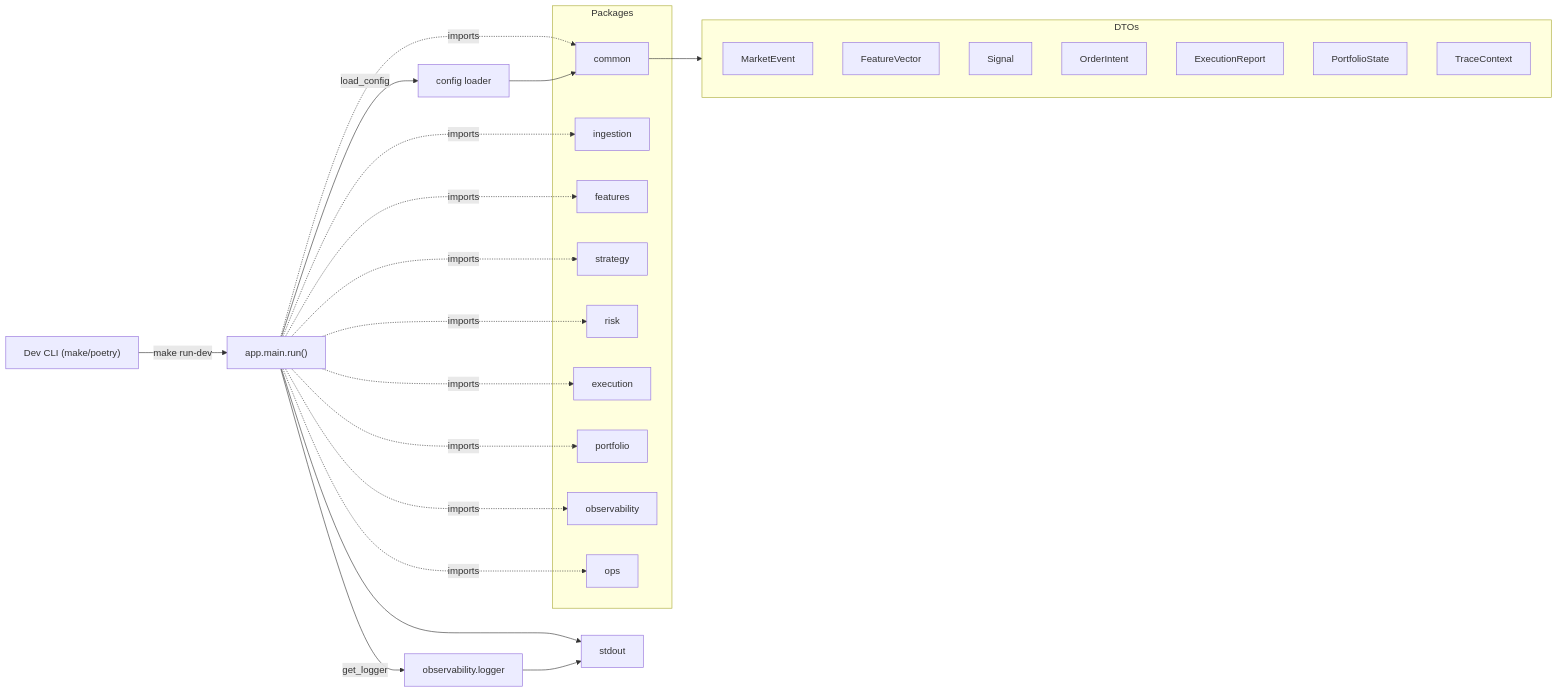
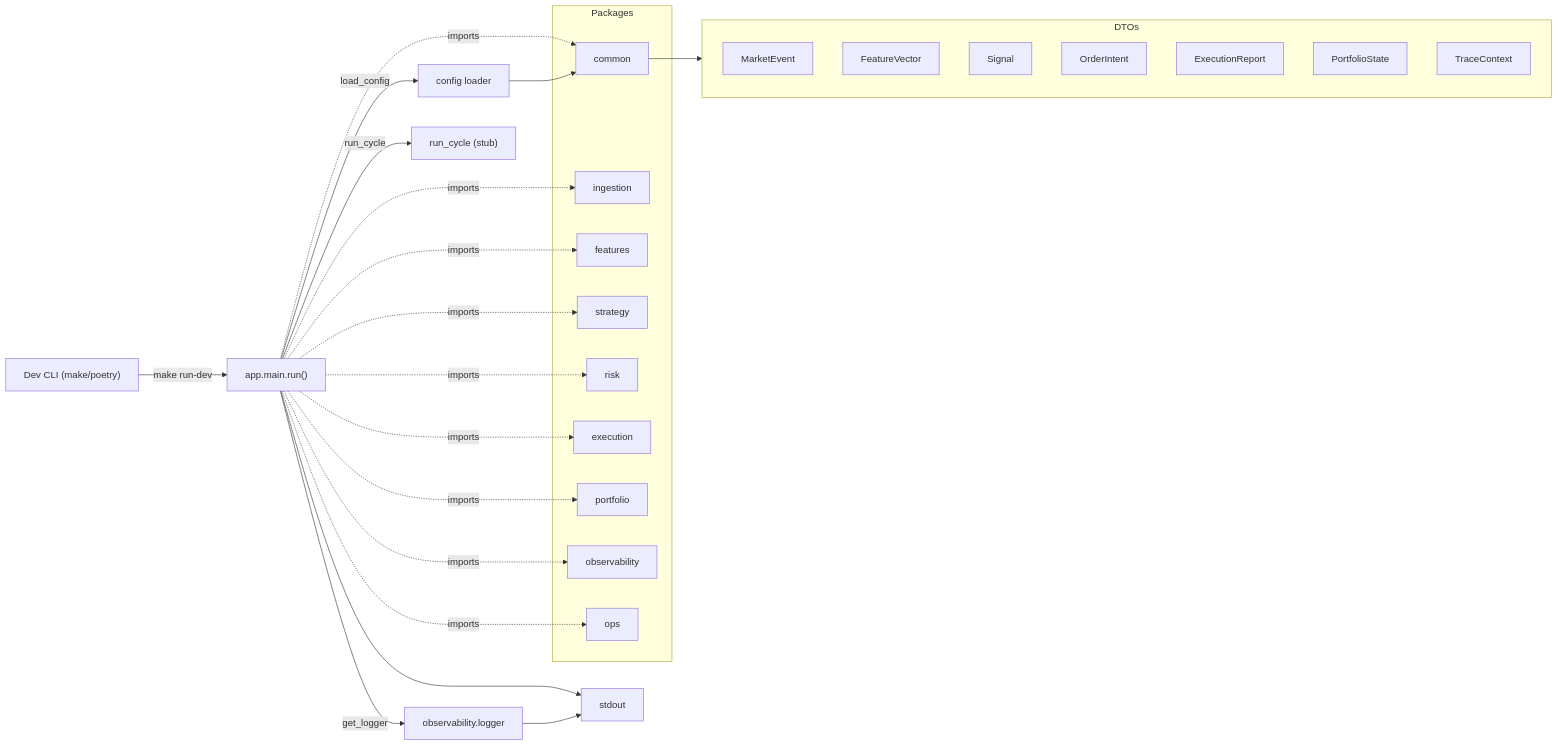
Before and after one commit to oscarlgarcia/MyTraderSystem: the first of 3 diagrams in docs/architecture.md, drawn with Mermaid. The commit also changed other lines of this file and 5 other files, not shown here.

Commit message:
feat: add hello pipeline stub cycle and e2e tests

````diff
--- a/docs/architecture.md
+++ b/docs/architecture.md
@@ -3,48 +3,50 @@
 ```mermaid
 flowchart LR
   Dev["Dev CLI (make/poetry)"]
   Main["app.main.run()"]
   Config["config loader"]
   Logger["observability.logger"]
   Stdout["stdout"]
+  Pipeline["run_cycle (stub)"]
 
   Dev -->|"make run-dev"| Main --> Stdout
   Main -->|"load_config"| Config
   Main -->|"get_logger"| Logger
+  Main -->|"run_cycle"| Pipeline
 
 subgraph Packages
   common
   ingestion
   features
   strategy
   risk
   execution
   portfolio
   observability
   ops
 end
 
 Main -. imports .-> common
 Main -. imports .-> ingestion
 Main -. imports .-> features
 Main -. imports .-> strategy
 Main -. imports .-> risk
 Main -. imports .-> execution
 Main -. imports .-> portfolio
 Main -. imports .-> observability
 Main -. imports .-> ops
 
 subgraph DTOs
   MarketEvent
   FeatureVector
   Signal
   OrderIntent
   ExecutionReport
   PortfolioState
   TraceContext
 end
 
 common --> DTOs
 Config --> common
 Logger --> Stdout
 ```
````
